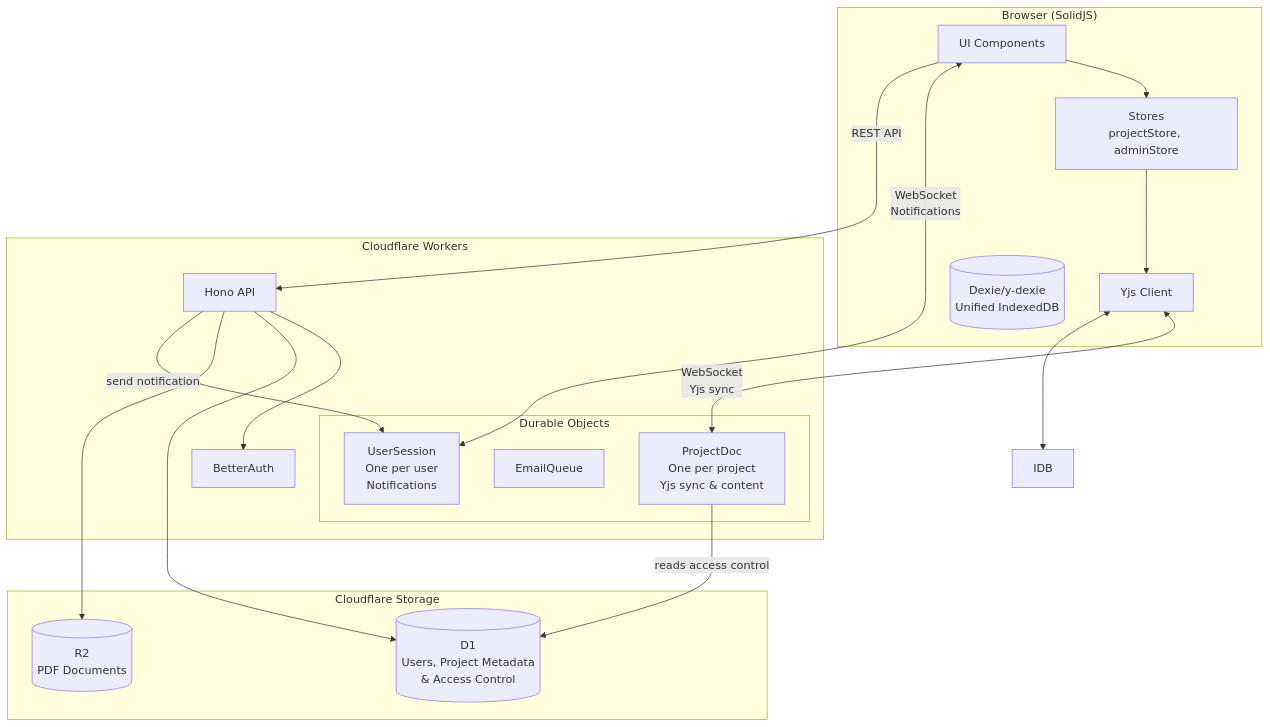
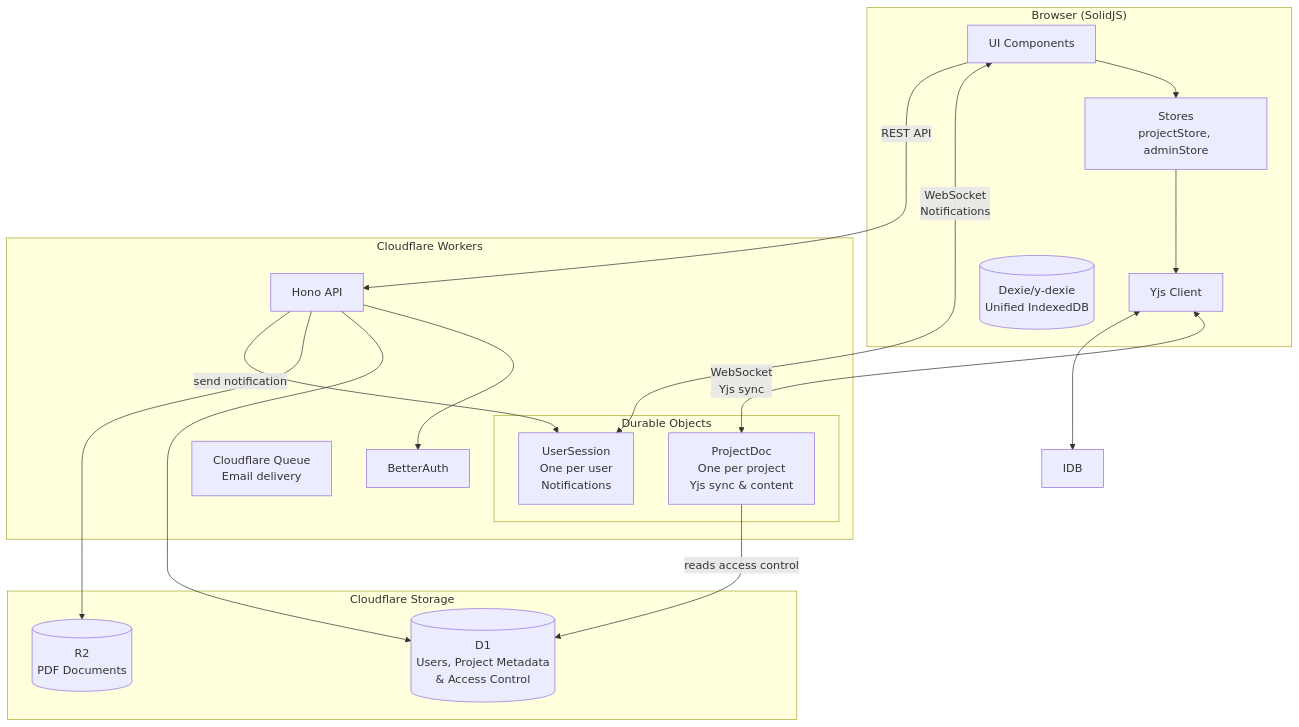
Before and after one commit to InfinityBowman/corates: the diagram in packages/docs/architecture/diagrams/02-system-architecture.md, drawn with Mermaid. The commit also changed other lines of this file and 29 other files, not shown here.

````diff
--- a/packages/docs/architecture/diagrams/02-system-architecture.md
+++ b/packages/docs/architecture/diagrams/02-system-architecture.md
@@ -5,37 +5,37 @@
 ```mermaid
 flowchart TB
     subgraph Client["Browser (SolidJS)"]
         UI[UI Components]
         Stores[Stores<br/>projectStore, adminStore]
         YjsClient[Yjs Client]
         Dexie[(Dexie/y-dexie<br/>Unified IndexedDB)]
     end
 
     subgraph CF["Cloudflare Workers"]
         Hono[Hono API]
         Auth[BetterAuth]
 
         subgraph DurableObjects["Durable Objects"]
             ProjectDoc[ProjectDoc<br/>One per project<br/>Yjs sync & content]
-            EmailQueue[EmailQueue]
             UserSession[UserSession<br/>One per user<br/>Notifications]
         end
+        EmailQueue[Cloudflare Queue<br/>Email delivery]
     end
 
     subgraph Storage["Cloudflare Storage"]
         D1[(D1<br/>Users, Project Metadata<br/>& Access Control)]
         R2[(R2<br/>PDF Documents)]
     end
 
     UI --> Stores
     Stores --> YjsClient
     YjsClient <-->|"WebSocket<br/>Yjs sync"| ProjectDoc
     YjsClient <--> IDB
     UI <-->|"WebSocket<br/>Notifications"| UserSession
     UI -->|"REST API"| Hono
     Hono --> Auth
     Hono --> D1
     Hono --> R2
     Hono -->|"send notification"| UserSession
     ProjectDoc -->|"reads access control"| D1
 ```
````
